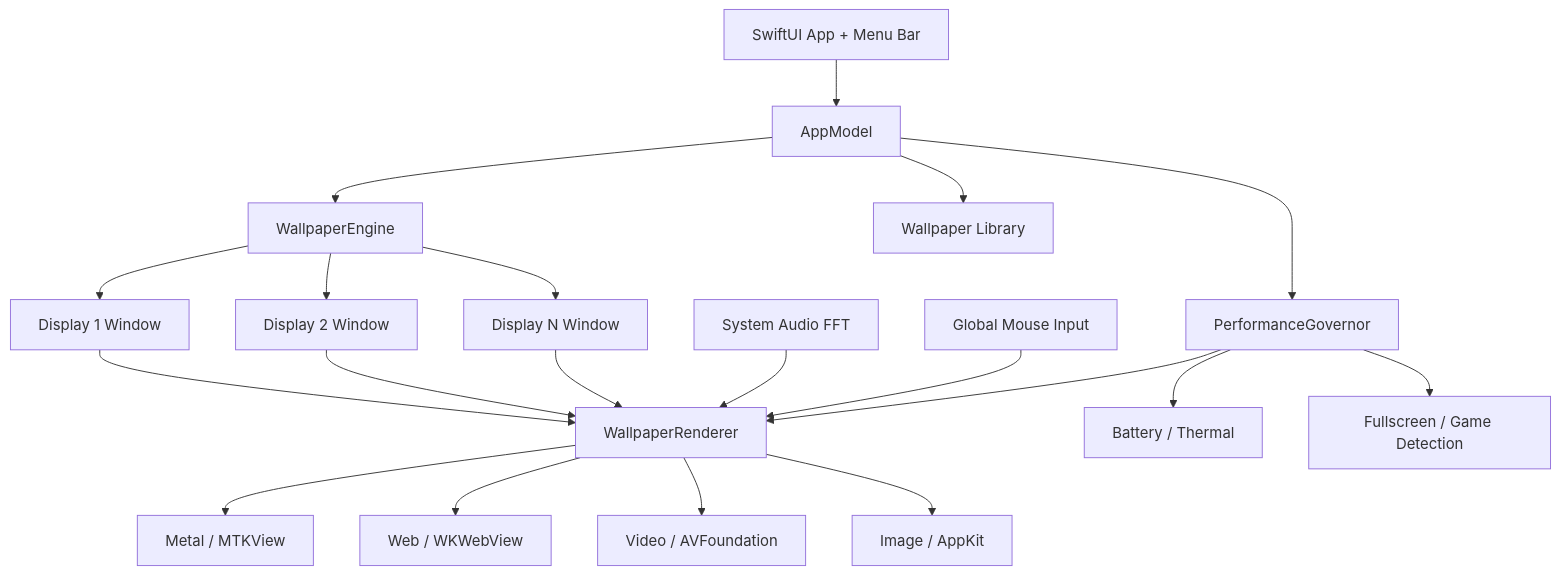
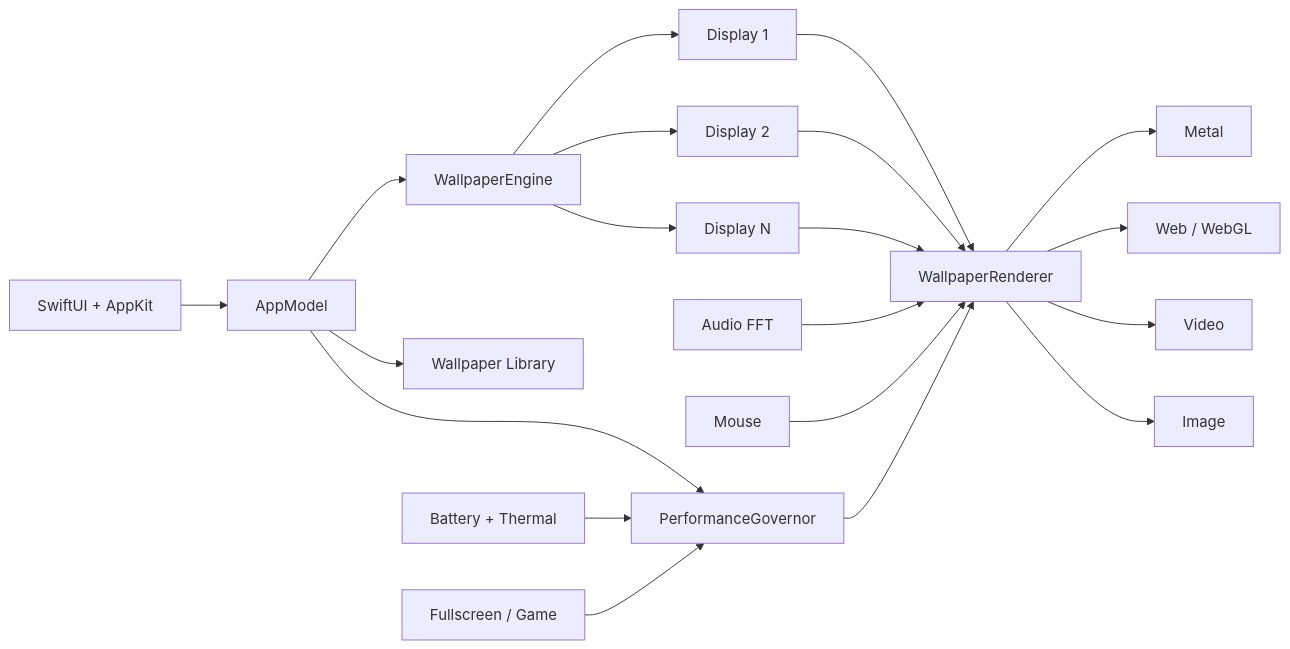
The diagram in README.md (parthdongre/LumaWall), drawn with Mermaid before and after one commit. The commit also changed other lines of this file and 1 other file, not shown here.

````diff
--- a/README.md
+++ b/README.md
@@ -155,27 +188,26 @@
-~~~mermaid
-flowchart TD
-    UI["SwiftUI App + Menu Bar"] --> MODEL["AppModel"]
+```mermaid
+flowchart LR
+    UI["SwiftUI + AppKit"] --> MODEL["AppModel"]
     MODEL --> ENGINE["WallpaperEngine"]
+    MODEL --> GOV["PerformanceGovernor"]
     MODEL --> LIB["Wallpaper Library"]
-    MODEL --> PERF["PerformanceGovernor"]
 
-    ENGINE --> D1["Display 1 Window"]
-    ENGINE --> D2["Display 2 Window"]
-    ENGINE --> DN["Display N Window"]
+    ENGINE --> D1["Display 1"]
+    ENGINE --> D2["Display 2"]
+    ENGINE --> DN["Display N"]
 
     D1 --> R["WallpaperRenderer"]
     D2 --> R
     DN --> R
 
-    R --> METAL["Metal / MTKView"]
-    R --> WEB["Web / WKWebView"]
-    R --> VIDEO["Video / AVFoundation"]
-    R --> IMAGE["Image / AppKit"]
+    R --> M["Metal"]
+    R --> W["Web / WebGL"]
+    R --> V["Video"]
+    R --> I["Image"]
 
-    AUDIO["System Audio FFT"] --> R
-    MOUSE["Global Mouse Input"] --> R
-    PERF --> R
-
-    PERF --> POWER["Battery / Thermal"]
-    PERF --> FULL["Fullscreen / Game Detection"]
-~~~
+    AUDIO["Audio FFT"] --> R
+    MOUSE["Mouse"] --> R
+    GOV --> R
+    POWER["Battery + Thermal"] --> GOV
+    FULL["Fullscreen / Game"] --> GOV
+```
````
